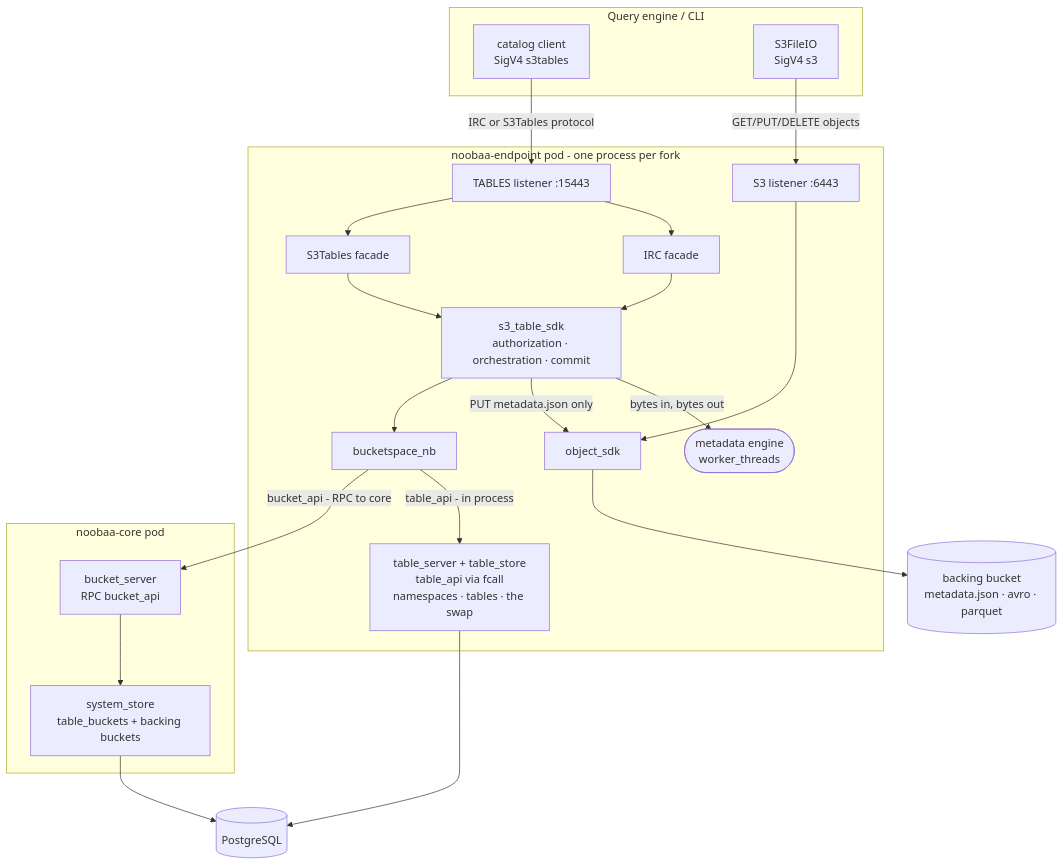
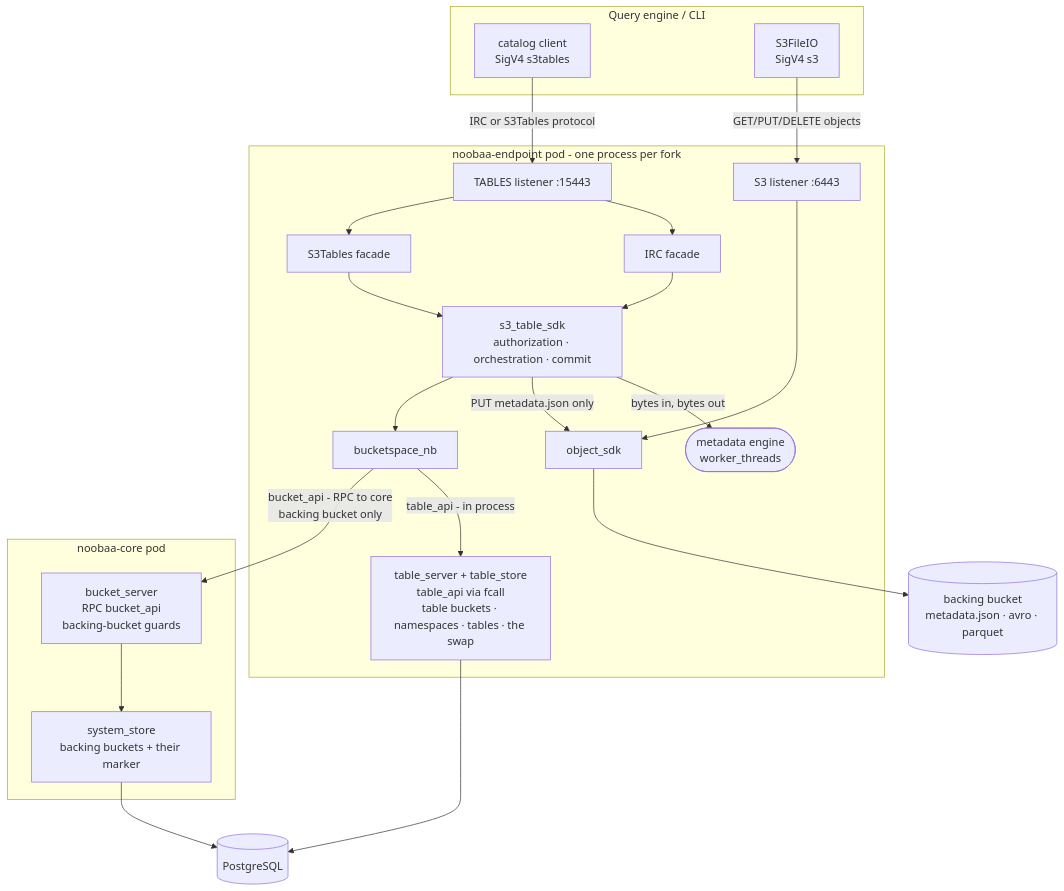
The first of 3 diagrams in docs/design/s3-tables/s3-tables-design-brief.md (noobaa/noobaa-core), drawn with Mermaid before and after one commit. The commit also changed other lines of this file and 2 other files, not shown here.

First line of the commit message:
S3 Tables design: move table buckets into table_store

````diff
--- a/docs/design/s3-tables/s3-tables-design-brief.md
+++ b/docs/design/s3-tables/s3-tables-design-brief.md
@@ -78,39 +78,39 @@
 ```mermaid
 flowchart TB
     subgraph client["Query engine / CLI"]
         E1["catalog client<br/>SigV4 s3tables"]
         E2["S3FileIO<br/>SigV4 s3"]
     end
 
     subgraph pod["noobaa-endpoint pod - one process per fork"]
         L1["S3 listener :6443"]
         L2["TABLES listener :15443"]
         F1["IRC facade"]
         F2["S3Tables facade"]
         SDK["s3_table_sdk<br/>authorization · orchestration · commit"]
         W(["metadata engine<br/>worker_threads"])
         OS["object_sdk"]
         BS["bucketspace_nb"]
-        TSRV["table_server + table_store<br/>table_api via fcall<br/>namespaces · tables · the swap"]
+        TSRV["table_server + table_store<br/>table_api via fcall<br/>table buckets · namespaces · tables · the swap"]
     end
 
     subgraph core["noobaa-core pod"]
-        BSRV["bucket_server<br/>RPC bucket_api"]
-        SS["system_store<br/>table_buckets + backing buckets"]
+        BSRV["bucket_server<br/>RPC bucket_api<br/>backing-bucket guards"]
+        SS["system_store<br/>backing buckets + their marker"]
     end
 
     DB[("PostgreSQL")]
     OBJ[("backing bucket<br/>metadata.json · avro · parquet")]
 
     E1 -->|"IRC or S3Tables protocol"| L2
     E2 -->|"GET/PUT/DELETE objects"| L1
     L2 --> F1 --> SDK
     L2 --> F2 --> SDK
     SDK -->|"bytes in, bytes out"| W
     SDK -->|"PUT metadata.json only"| OS
     SDK --> BS
     BS -->|"table_api - in process"| TSRV --> DB
-    BS -->|"bucket_api - RPC to core"| BSRV --> SS --> DB
+    BS -->|"bucket_api - RPC to core<br/>backing bucket only"| BSRV --> SS --> DB
     OS --> OBJ
     L1 --> OS
 ```
````
